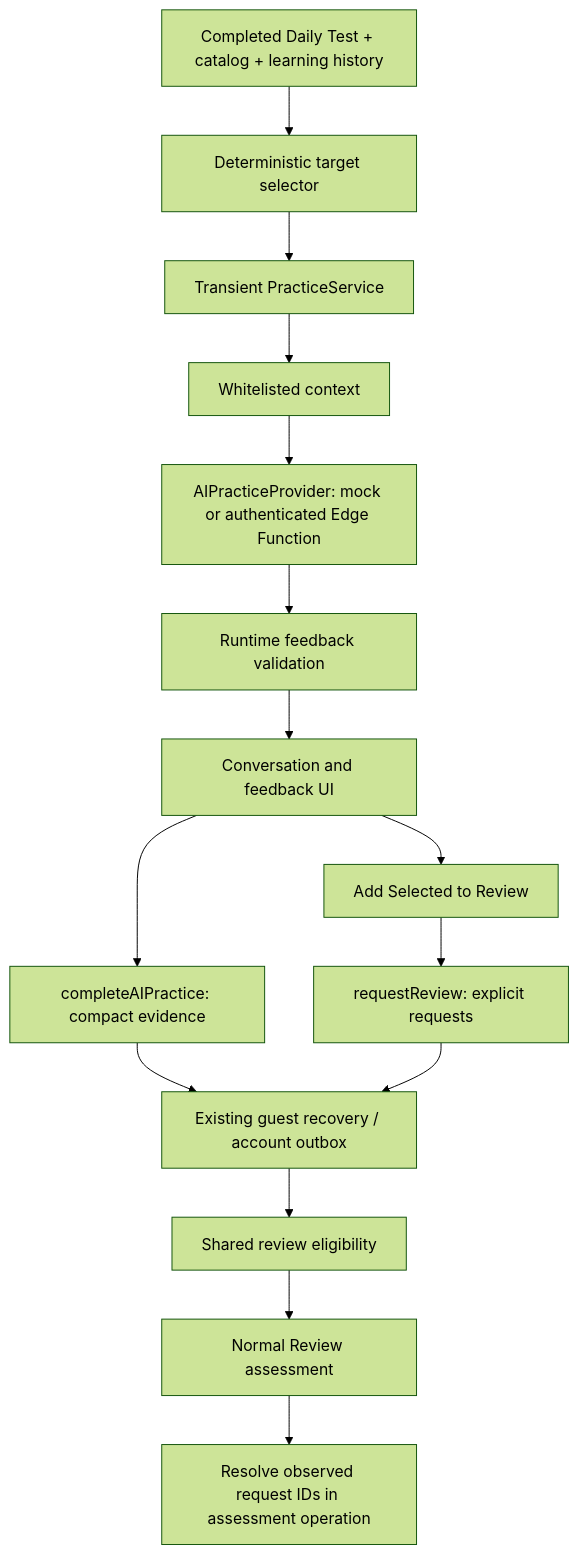
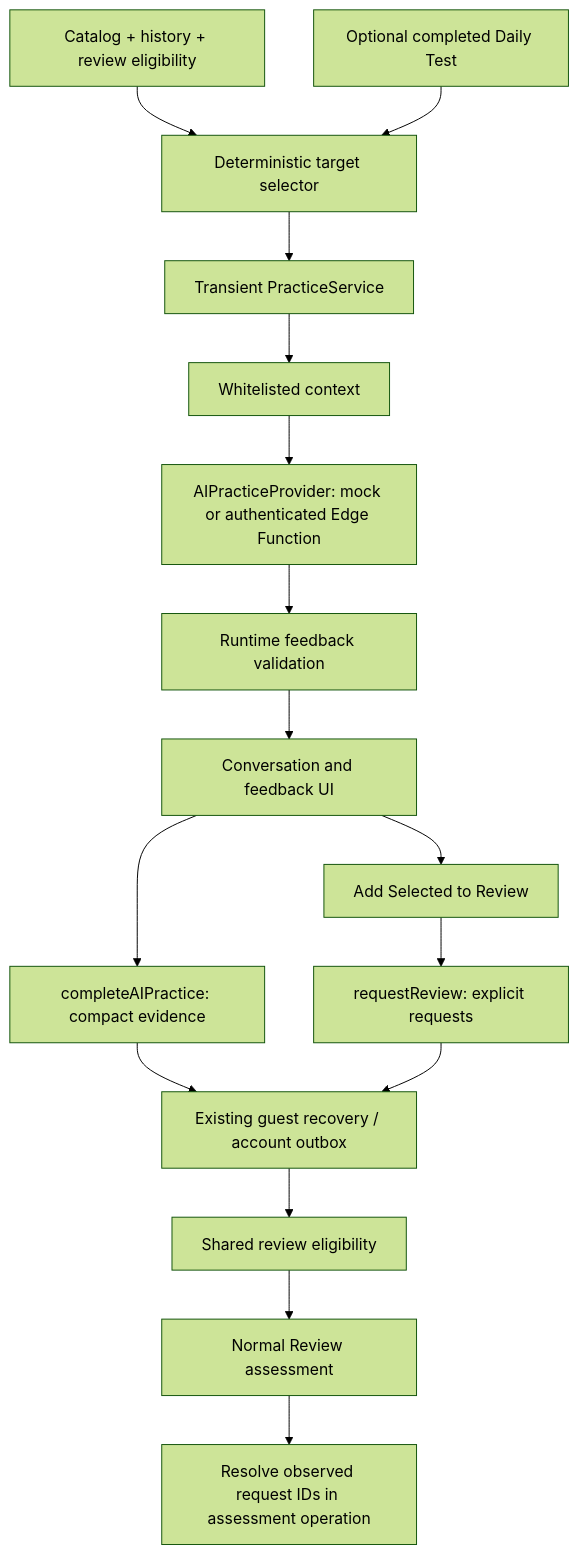
One commit to Hakan-ci/vocabulary-app changed the diagram in AI_PRACTICE.md. Above: the diagram before and after it, drawn with Mermaid (forest theme). The commit also changed other lines of this file and 36 other files, not shown here.

````diff
--- a/AI_PRACTICE.md
+++ b/AI_PRACTICE.md
@@ -7,17 +64,18 @@
 ```mermaid
 flowchart TD
-    Quiz[Completed Daily Test + catalog + learning history] --> Selector[Deterministic target selector]
+    Catalog[Catalog + history + review eligibility] --> Selector[Deterministic target selector]
+    Quiz[Optional completed Daily Test] --> Selector
     Selector --> Service[Transient PracticeService]
     Service --> Context[Whitelisted context]
     Context --> Provider[AIPracticeProvider: mock or authenticated Edge Function]
     Provider --> Validator[Runtime feedback validation]
     Validator --> UI[Conversation and feedback UI]
     UI --> Complete[completeAIPractice: compact evidence]
     UI --> Confirm[Add Selected to Review]
     Confirm --> Requests[requestReview: explicit requests]
     Complete --> Store[Existing guest recovery / account outbox]
     Requests --> Store
     Store --> Eligibility[Shared review eligibility]
     Eligibility --> Review[Normal Review assessment]
     Review --> Resolve[Resolve observed request IDs in assessment operation]
 ```
````
